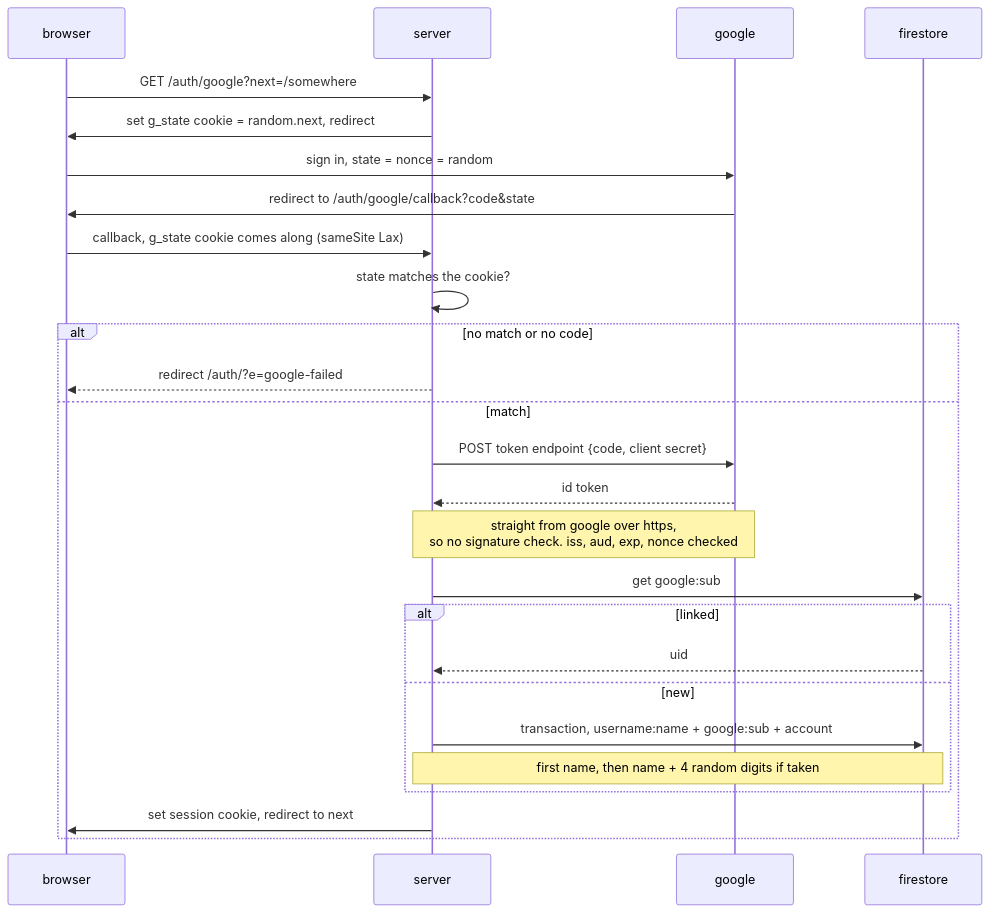
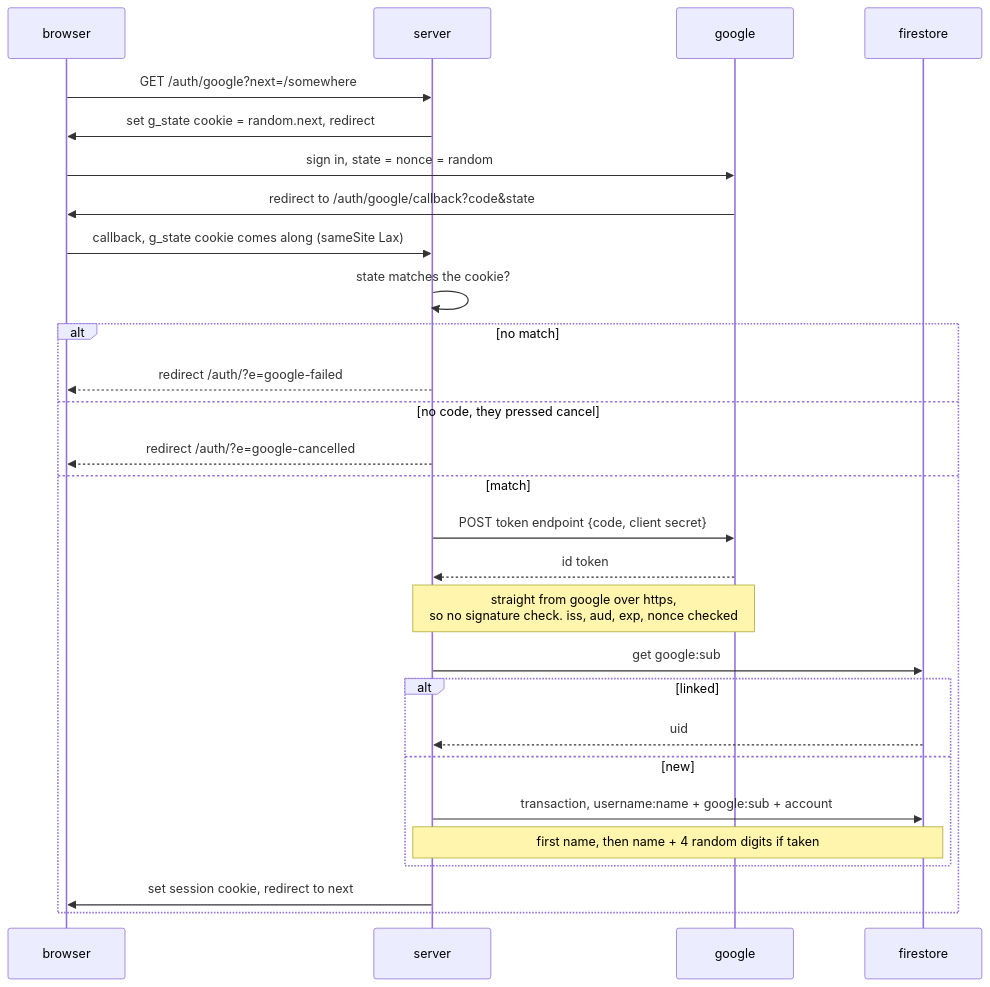
Before and after one commit to Air-zy/airWebsite: the fourth of 7 diagrams in ARCHITECTURE.md, drawn with Mermaid. The commit also changed other lines of this file and 1 other file, not shown here.

First line of the commit message:
docs: architecture and readme match the code again

````diff
--- a/ARCHITECTURE.md
+++ b/ARCHITECTURE.md
@@ -108,30 +114,32 @@
 ```mermaid
 sequenceDiagram
   participant U as browser
   participant S as server
   participant G as google
   participant F as firestore
 
   U->>S: GET /auth/google?next=/somewhere
   S->>U: set g_state cookie = random.next, redirect
   U->>G: sign in, state = nonce = random
   G->>U: redirect to /auth/google/callback?code&state
   U->>S: callback, g_state cookie comes along (sameSite Lax)
   S->>S: state matches the cookie?
 
-  alt no match or no code
+  alt no match
     S-->>U: redirect /auth/?e=google-failed
+  else no code, they pressed cancel
+    S-->>U: redirect /auth/?e=google-cancelled
   else match
     S->>G: POST token endpoint {code, client secret}
     G-->>S: id token
     Note over S,G: straight from google over https,<br/>so no signature check. iss, aud, exp, nonce checked
     S->>F: get google:sub
     alt linked
       F-->>S: uid
     else new
       S->>F: transaction, username:name + google:sub + account
       Note over S,F: first name, then name + 4 random digits if taken
     end
     S->>U: set session cookie, redirect to next
   end
 ```
````
